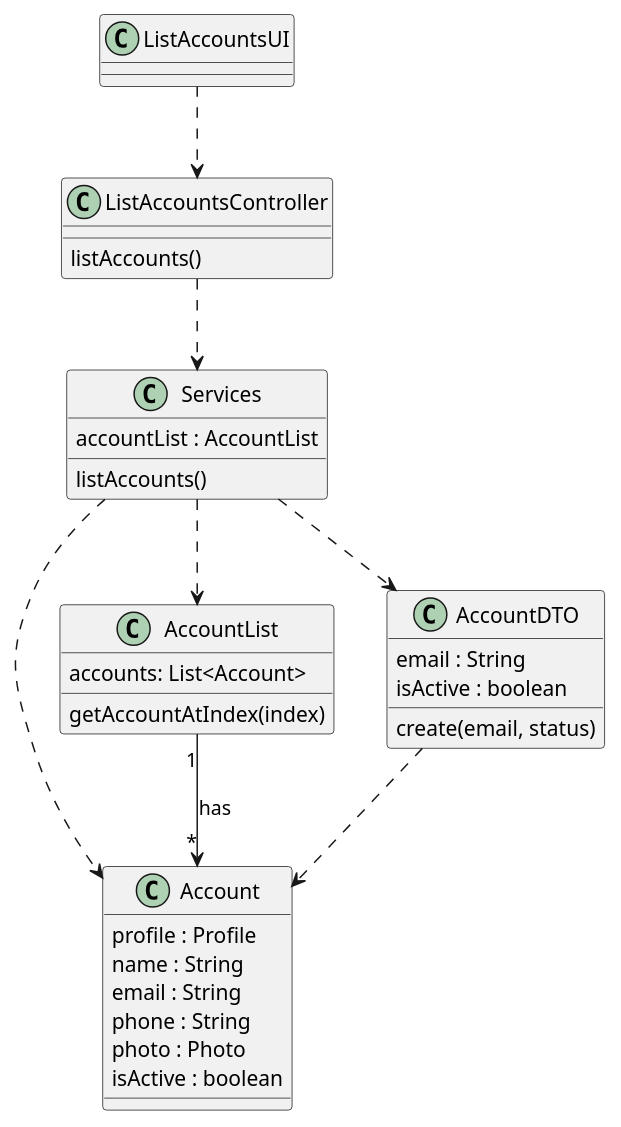
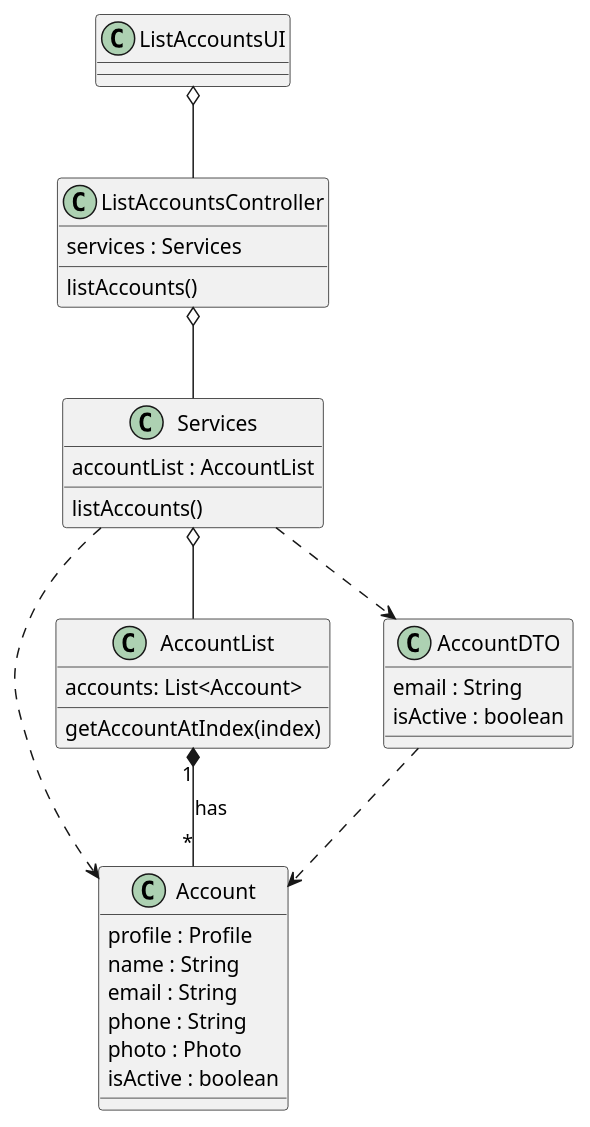
One commit to ivo-menezes/project_g3 changed the diagram in docs/modelling_design/user_stories/us004/US004_ListAllAccountsAndStatusCD.puml. Above: the diagram before and after it, drawn with PlantUML.

Commit message:
US004: Design: updated ListAllAccountsAndStatusCD

```diff
--- a/docs/modelling_design/user_stories/us004/US004_ListAllAccountsAndStatusCD.puml
+++ b/docs/modelling_design/user_stories/us004/US004_ListAllAccountsAndStatusCD.puml
@@ -1,42 +1,42 @@
 @startuml
 
 class ListAccountsUI {}
 
 class ListAccountsController{
+services : Services
 listAccounts()
 }
 
 class Services {
 accountList : AccountList
 listAccounts()
 }
 
 class Account {
 profile : Profile
 name : String
 email : String
 phone : String
 photo : Photo
 isActive : boolean
 }
 
 class AccountList {
 accounts: List<Account>
 getAccountAtIndex(index)
 }
 
 class AccountDTO {
 email : String
 isActive : boolean
-create(email, status)
 }
 
-AccountList "1" --> "*" Account : has
+AccountList "1" *-- "*" Account : has
 Services ..> Account
-Services ..> AccountList
-ListAccountsController ..> Services
-ListAccountsUI ..> ListAccountsController
+Services o-- AccountList
+ListAccountsController o-- Services
+ListAccountsUI o-- ListAccountsController
 Services ..> AccountDTO
 AccountDTO ..> Account
 
 @enduml
```
